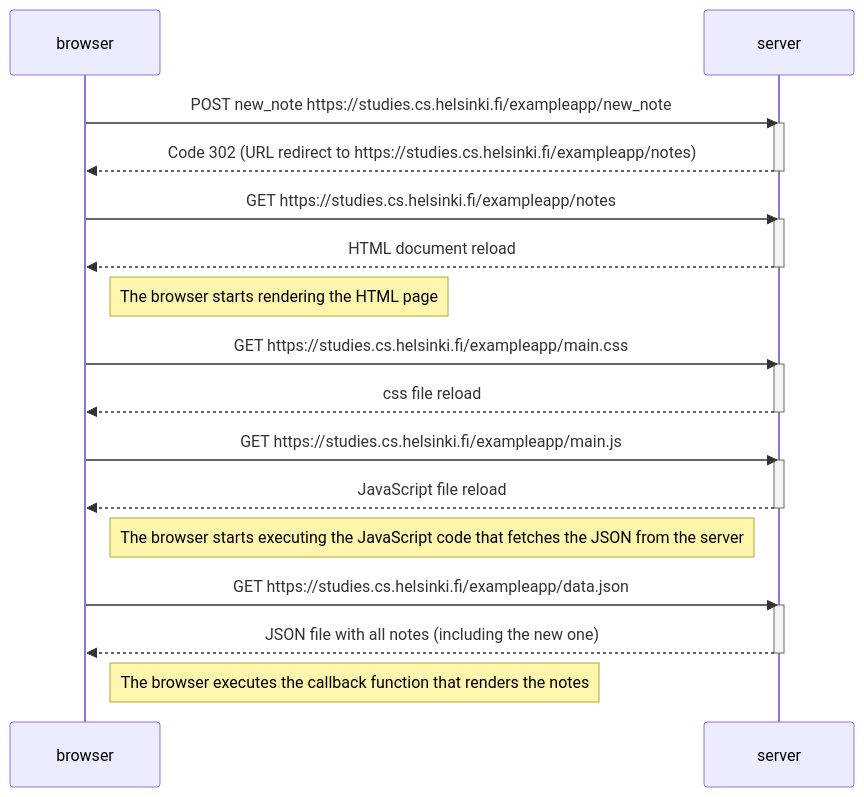
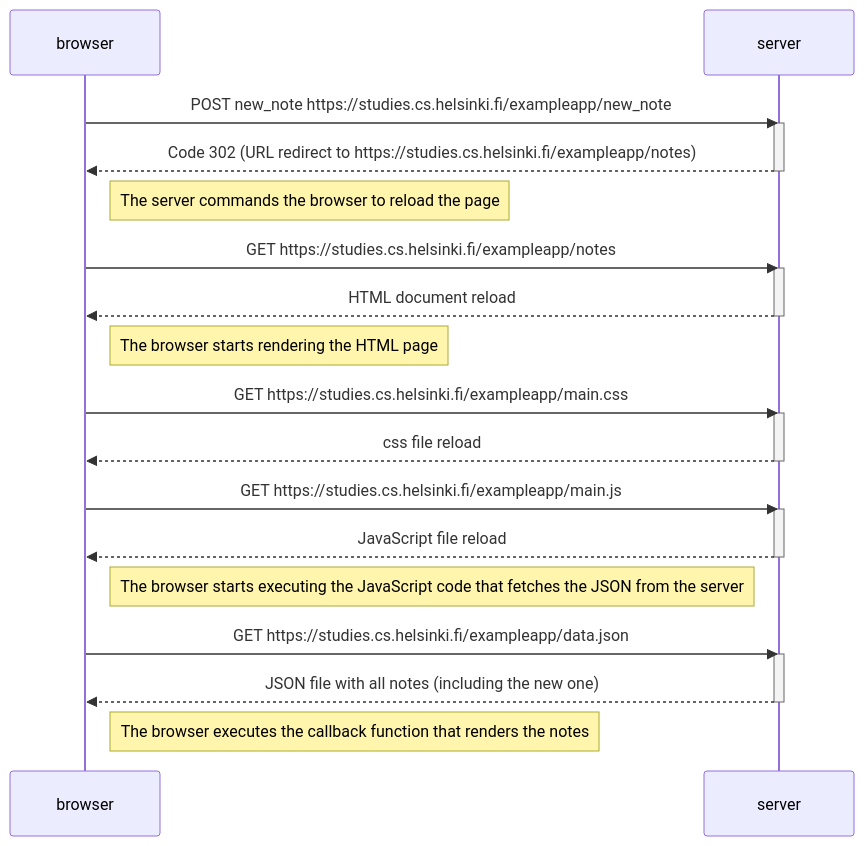
One commit to M4GPIe/full-stack-open-course changed the diagram in part0/exer_0_4.md. Above: the diagram before and after it, drawn with Mermaid.

Commit message:
Added a comment in exercise 0_4

````diff
--- a/part0/exer_0_4.md
+++ b/part0/exer_0_4.md
@@ -1,36 +1,38 @@
 ```mermaid
 sequenceDiagram
     participant browser
     participant server
 
     browser->>server: POST new_note https://studies.cs.helsinki.fi/exampleapp/new_note
     activate server
     server-->>browser: Code 302 (URL redirect to https://studies.cs.helsinki.fi/exampleapp/notes)
     deactivate server
+
+    Note right of browser: The server commands the browser to reload the page
 
     browser->>server: GET https://studies.cs.helsinki.fi/exampleapp/notes
     activate server
     server-->>browser: HTML document reload
     deactivate server
 
     Note right of browser: The browser starts rendering the HTML page
 
     browser->>server: GET https://studies.cs.helsinki.fi/exampleapp/main.css
     activate server
     server-->>browser: css file reload
     deactivate server
 
     browser->>server: GET https://studies.cs.helsinki.fi/exampleapp/main.js
     activate server
     server-->>browser: JavaScript file reload
     deactivate server
 
     Note right of browser: The browser starts executing the JavaScript code that fetches the JSON from the server
 
     browser->>server: GET https://studies.cs.helsinki.fi/exampleapp/data.json
     activate server
     server-->>browser: JSON file with all notes (including the new one)
     deactivate server
 
     Note right of browser: The browser executes the callback function that renders the notes
 ```
````
